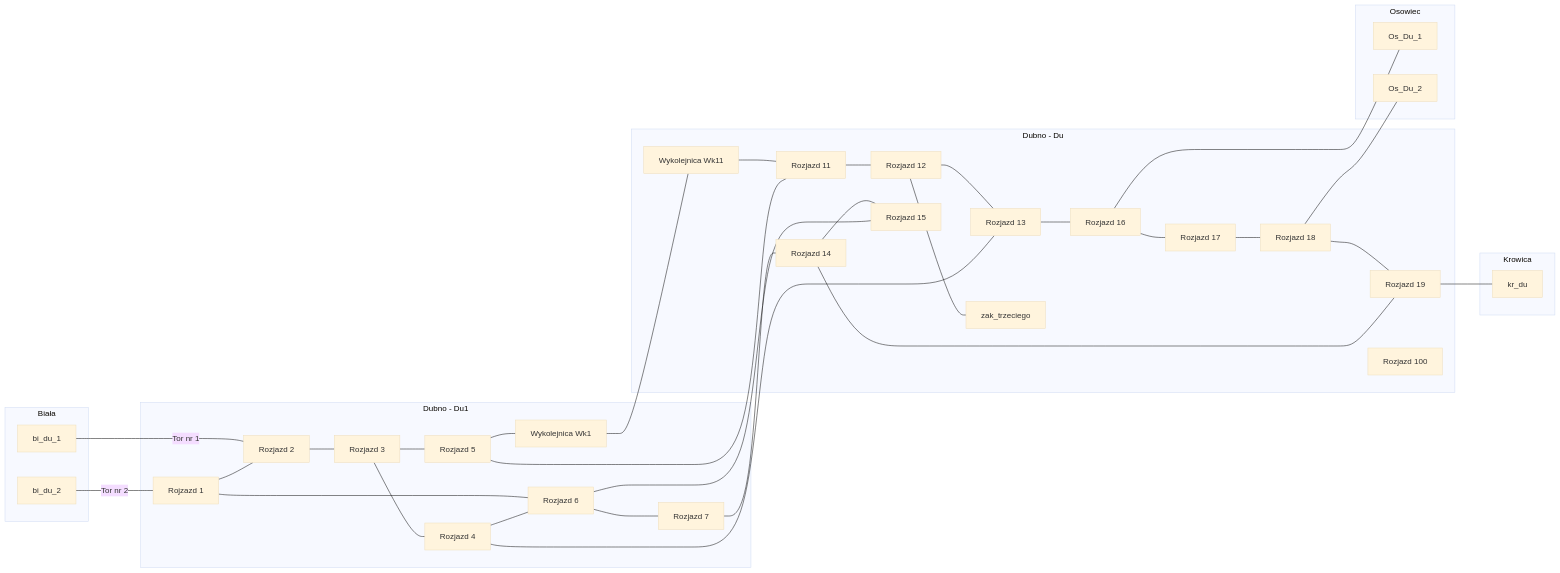
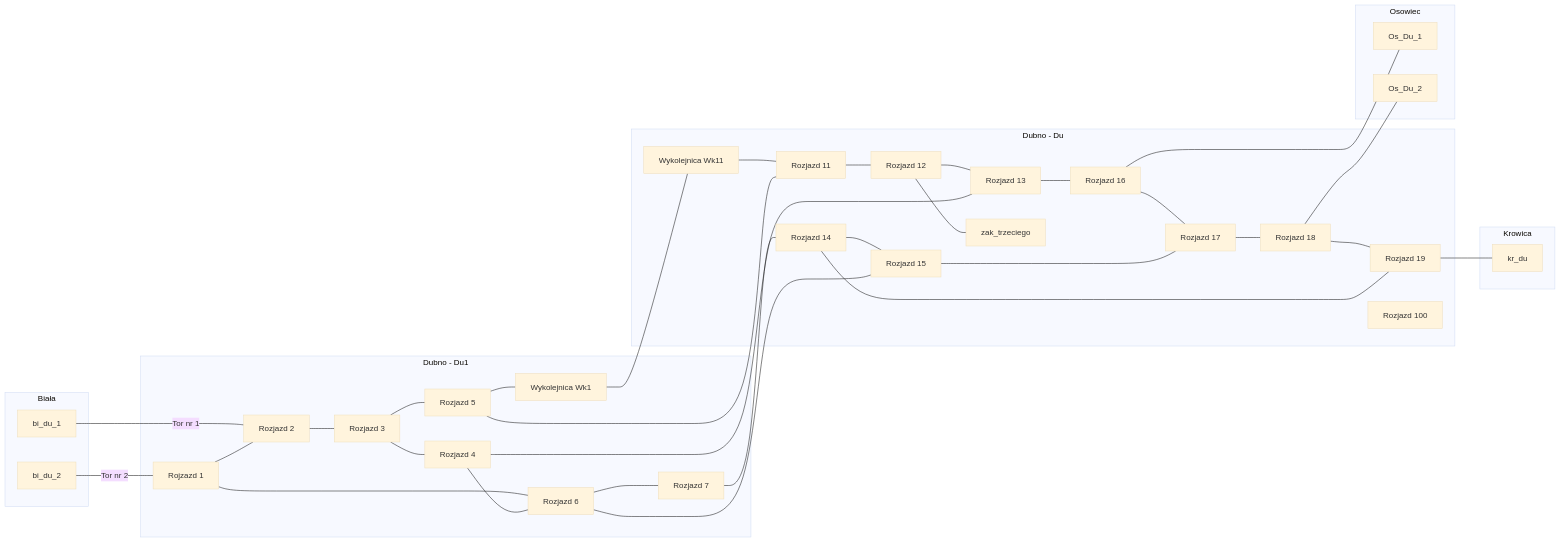
The diagram in docs/inzynieria_ruchu/przykladowa_stacja.md (tblisty/public_files), drawn with Mermaid (base theme) before and after one commit.

```diff
--- a/docs/inzynieria_ruchu/przykladowa_stacja.md
+++ b/docs/inzynieria_ruchu/przykladowa_stacja.md
@@ -71,6 +71,7 @@
 rozjazd18     --- rozjazd19
 rozjazd19     --- kr_du
 rozjazd14     --- rozjazd19
+rozjazd15     --- rozjazd17
 
 
 
```
